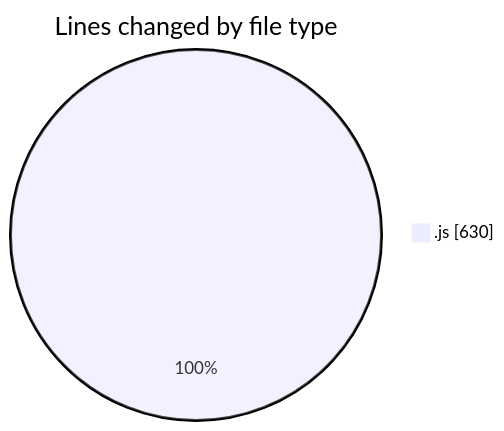
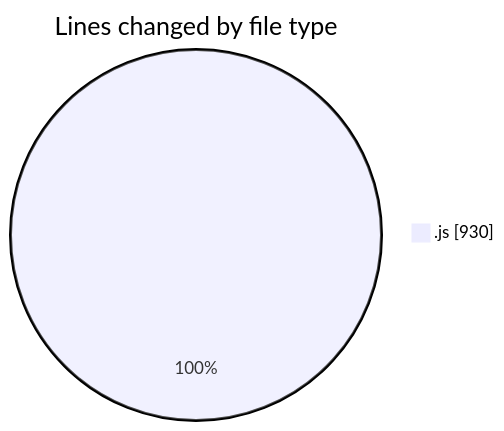
Before and after one commit to nxtqubesakshisongat/code-tracking: the first of 2 diagrams in 2025-09-04/nxtqube_webapp/README.md, drawn with Mermaid. The commit also changed other lines of this file and 1 other file, not shown here.

````diff
--- a/2025-09-04/nxtqube_webapp/README.md
+++ b/2025-09-04/nxtqube_webapp/README.md
@@ -20,5 +20,5 @@
 ```mermaid
 pie showData
 title Lines changed by file type
-".js" : 630
+".js" : 930
 ```
````
